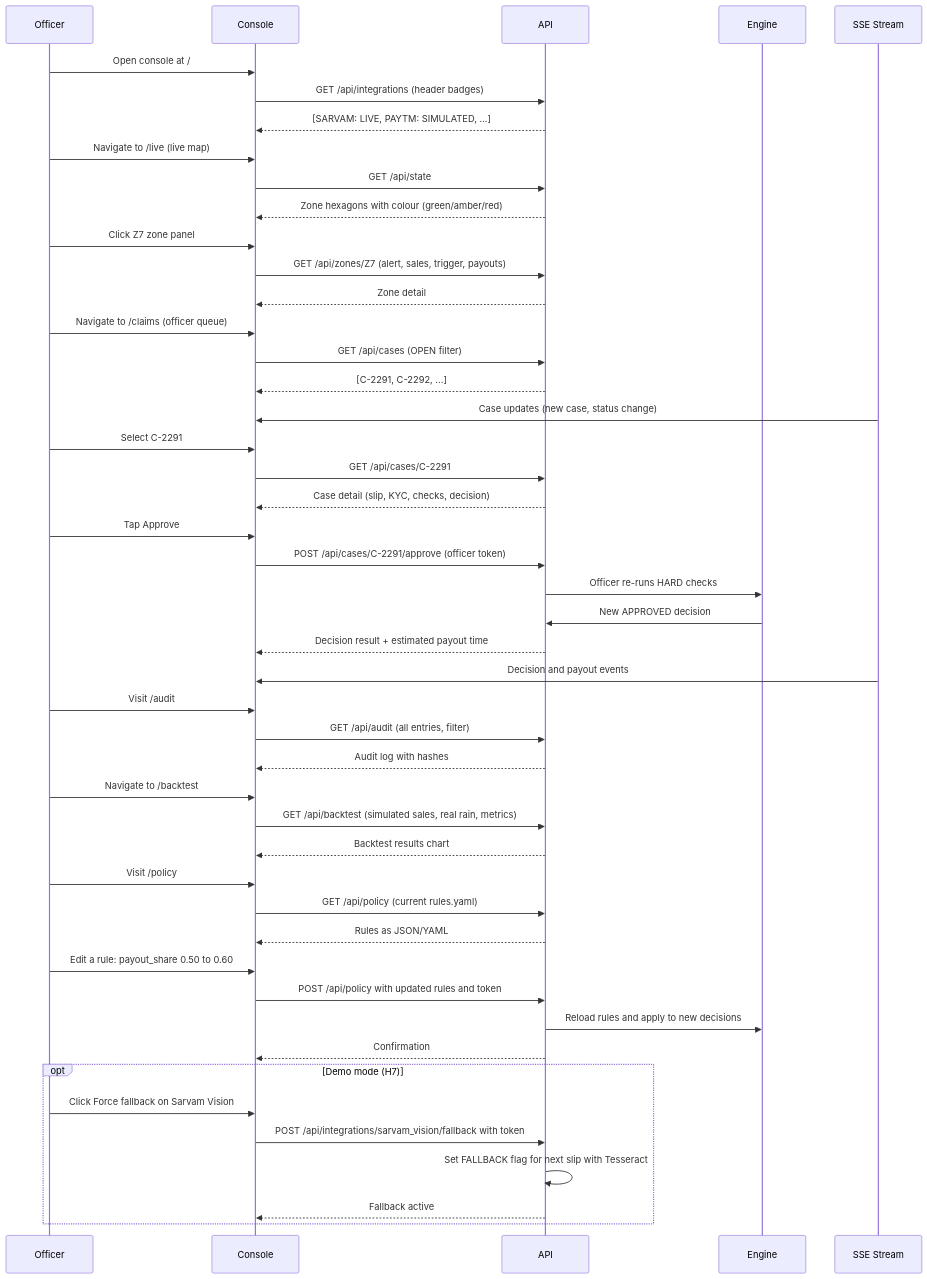
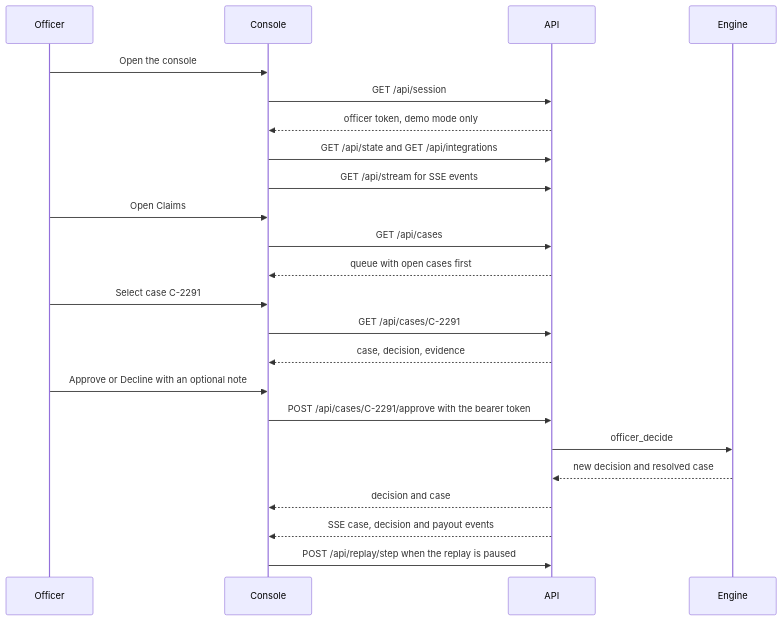
Before and after one commit to UjjwalPardeshi/Chhatri: the first of 3 diagrams in docs/02-product/feature-specs/fs-08-claims-officer-console.md, drawn with Mermaid. The commit also changed other lines of this file and 57 other files, not shown here.

````diff
--- a/docs/02-product/feature-specs/fs-08-claims-officer-console.md
+++ b/docs/02-product/feature-specs/fs-08-claims-officer-console.md
@@ -61,59 +103,25 @@
 ```mermaid
 sequenceDiagram
-    participant Officer as Officer
-    participant UI as Console
-    participant API as API
-    participant Eng as Engine
-    participant SSE as SSE Stream
-    
-    Officer->>UI: Open console at /
-    UI->>API: GET /api/integrations (header badges)
-    API-->>UI: [SARVAM: LIVE, PAYTM: SIMULATED, ...]
-    
-    Officer->>UI: Navigate to /live (live map)
-    UI->>API: GET /api/state
-    API-->>UI: Zone hexagons with colour (green/amber/red)
-    
-    Officer->>UI: Click Z7 zone panel
-    UI->>API: GET /api/zones/Z7 (alert, sales, trigger, payouts)
-    API-->>UI: Zone detail
-    
-    Officer->>UI: Navigate to /claims (officer queue)
-    UI->>API: GET /api/cases (OPEN filter)
-    API-->>UI: [C-2291, C-2292, ...]
-    SSE->>UI: Case updates (new case, status change)
-    
-    Officer->>UI: Select C-2291
-    UI->>API: GET /api/cases/C-2291
-    API-->>UI: Case detail (slip, KYC, checks, decision)
-    
-    Officer->>UI: Tap Approve
-    UI->>API: POST /api/cases/C-2291/approve (officer token)
-    API->>Eng: Officer re-runs HARD checks
-    Eng->>API: New APPROVED decision
-    API-->>UI: Decision result + estimated payout time
-    SSE->>UI: Decision and payout events
-    
-    Officer->>UI: Visit /audit
-    UI->>API: GET /api/audit (all entries, filter)
-    API-->>UI: Audit log with hashes
-    
-    Officer->>UI: Navigate to /backtest
-    UI->>API: GET /api/backtest (simulated sales, real rain, metrics)
-    API-->>UI: Backtest results chart
-    
-    Officer->>UI: Visit /policy
-    UI->>API: GET /api/policy (current rules.yaml)
-    API-->>UI: Rules as JSON/YAML
-    Officer->>UI: Edit a rule: payout_share 0.50 to 0.60
-    UI->>API: POST /api/policy with updated rules and token
-    API->>Eng: Reload rules and apply to new decisions
-    API-->>UI: Confirmation
-    
-    opt Demo mode (H7)
-        Officer->>UI: Click Force fallback on Sarvam Vision
-        UI->>API: POST /api/integrations/sarvam_vision/fallback with token
-        API->>API: Set FALLBACK flag for next slip with Tesseract
-        API-->>UI: Fallback active
-    end
+    participant O as Officer
+    participant C as Console
+    participant A as API
+    participant E as Engine
+    O->>C: Open the console
+    C->>A: GET /api/session
+    A-->>C: officer token, demo mode only
+    C->>A: GET /api/state and GET /api/integrations
+    C->>A: GET /api/stream for SSE events
+    O->>C: Open Claims
+    C->>A: GET /api/cases
+    A-->>C: queue with open cases first
+    O->>C: Select case C-2291
+    C->>A: GET /api/cases/C-2291
+    A-->>C: case, decision, evidence
+    O->>C: Approve or Decline with an optional note
+    C->>A: POST /api/cases/C-2291/approve with the bearer token
+    A->>E: officer_decide
+    E-->>A: new decision and resolved case
+    A-->>C: decision and case
+    A-->>C: SSE case, decision and payout events
+    C->>A: POST /api/replay/step when the replay is paused
 ```
````
